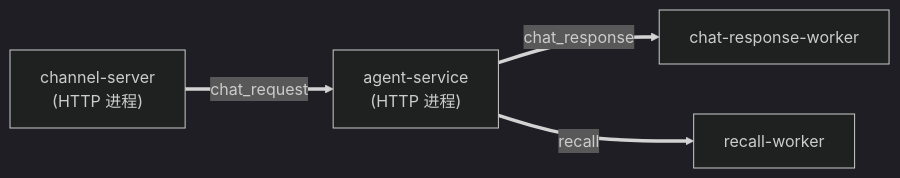
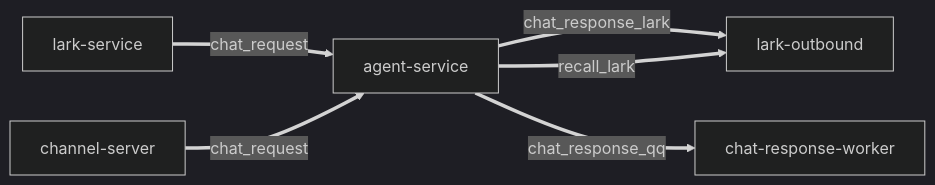
One commit to bezhai/chiwei-platform changed the third of 5 diagrams in docs/service-topology.md. Above: the diagram before and after it, drawn with Mermaid (dark theme). The commit also changed other lines of this file and 203 other files, not shown here.

````diff
--- a/docs/service-topology.md
+++ b/docs/service-topology.md
@@ -125,11 +133,14 @@
 ```mermaid
 flowchart LR
-    CS["channel-server<br/>(HTTP 进程)"]
-    AS["agent-service<br/>(HTTP 进程)"]
+    LKS["lark-service"]
+    CS["channel-server"]
+    AS["agent-service"]
+    LKO["lark-outbound"]
     CRW["chat-response-worker"]
-    RW["recall-worker"]
 
+    LKS ==>|chat_request| AS
     CS ==>|chat_request| AS
-    AS ==>|chat_response| CRW
-    AS ==>|recall| RW
+    AS ==>|chat_response_lark| LKO
+    AS ==>|recall_lark| LKO
+    AS ==>|chat_response_qq| CRW
 ```
````
